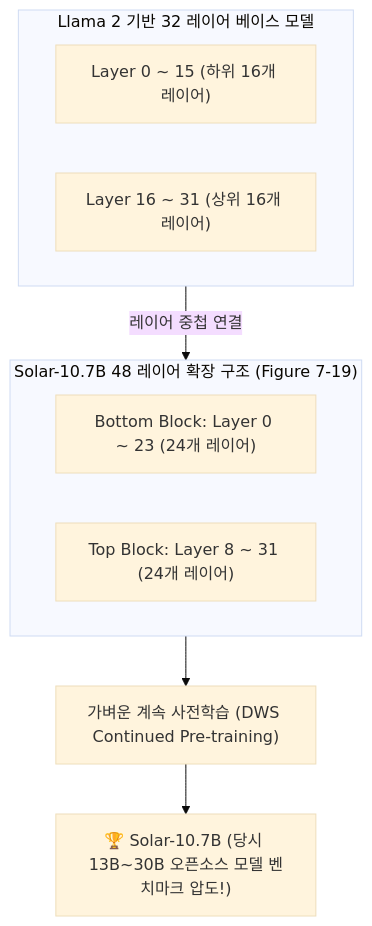
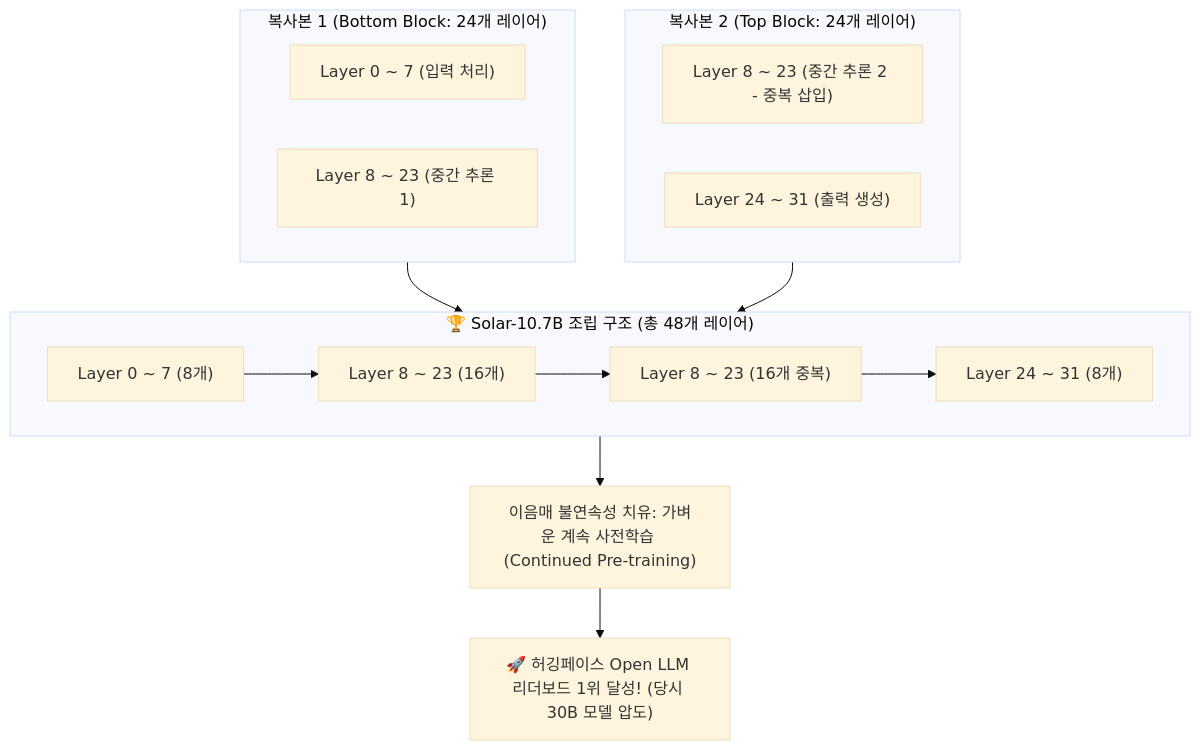
Before and after one commit to sing-u8/AI-Engineering: the fifth of 5 diagrams in chapter-qa/ch07-fine-tuning-qa/04-model-merging-and-weight-arithmetic.md, drawn with Mermaid (base theme). The commit also changed other lines of this file, not shown here.

Commit message:
docs(ch07): Section 5.2 Upstage Solar-10.7B Depthwise Scaling 32->48 레이어 조립 원리 완결판 보강

````diff
--- a/chapter-qa/ch07-fine-tuning-qa/04-model-merging-and-weight-arithmetic.md
+++ b/chapter-qa/ch07-fine-tuning-qa/04-model-merging-and-weight-arithmetic.md
@@ -204,16 +223,24 @@
 ```mermaid
 flowchart TD
-    subgraph Base32["Llama 2 기반 32 레이어 베이스 모델"]
-        L1["Layer 0 ~ 15 (하위 16개 레이어)"]
-        L2["Layer 16 ~ 31 (상위 16개 레이어)"]
+    subgraph Copy1["복사본 1 (Bottom Block: 24개 레이어)"]
+        B1["Layer 0 ~ 7 (입력 처리)"]
+        B2["Layer 8 ~ 23 (중간 추론 1)"]
     end
 
-    subgraph Stack48["Solar-10.7B 48 레이어 확장 구조 (Figure 7-19)"]
-        S1["Bottom Block: Layer 0 ~ 23 (24개 레이어)"]
-        S2["Top Block: Layer 8 ~ 31 (24개 레이어)"]
+    subgraph Copy2["복사본 2 (Top Block: 24개 레이어)"]
+        T1["Layer 8 ~ 23 (중간 추론 2 - 중복 삽입)"]
+        T2["Layer 24 ~ 31 (출력 생성)"]
     end
 
-    Base32 -->|레이어 중첩 연결| Stack48
-    Stack48 --> ContPre["가벼운 계속 사전학습 (DWS Continued Pre-training)"]
-    ContPre --> Solar["🏆 Solar-10.7B (당시 13B~30B 오픈소스 모델 벤치마크 압도!)"]
+    subgraph Solar["🏆 Solar-10.7B 조립 구조 (총 48개 레이어)"]
+        S1["Layer 0 ~ 7 (8개)"]
+        S2["Layer 8 ~ 23 (16개)"]
+        S3["Layer 8 ~ 23 (16개 중복)"]
+        S4["Layer 24 ~ 31 (8개)"]
+        S1 --> S2 --> S3 --> S4
+    end
+
+    Copy1 & Copy2 --> Solar
+    Solar --> Heal["이음매 불연속성 치유: 가벼운 계속 사전학습 (Continued Pre-training)"]
+    Heal --> Final["🚀 허깅페이스 Open LLM 리더보드 1위 달성! (당시 30B 모델 압도)"]
 ```
````
